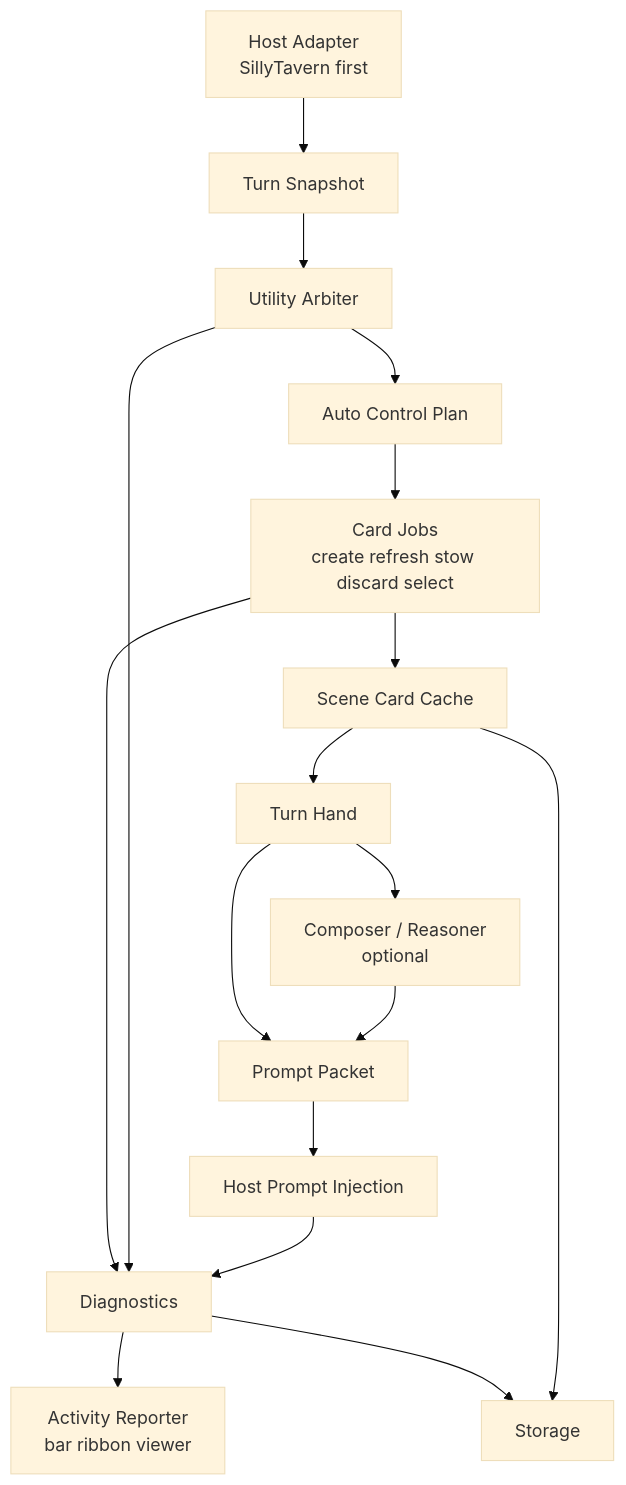
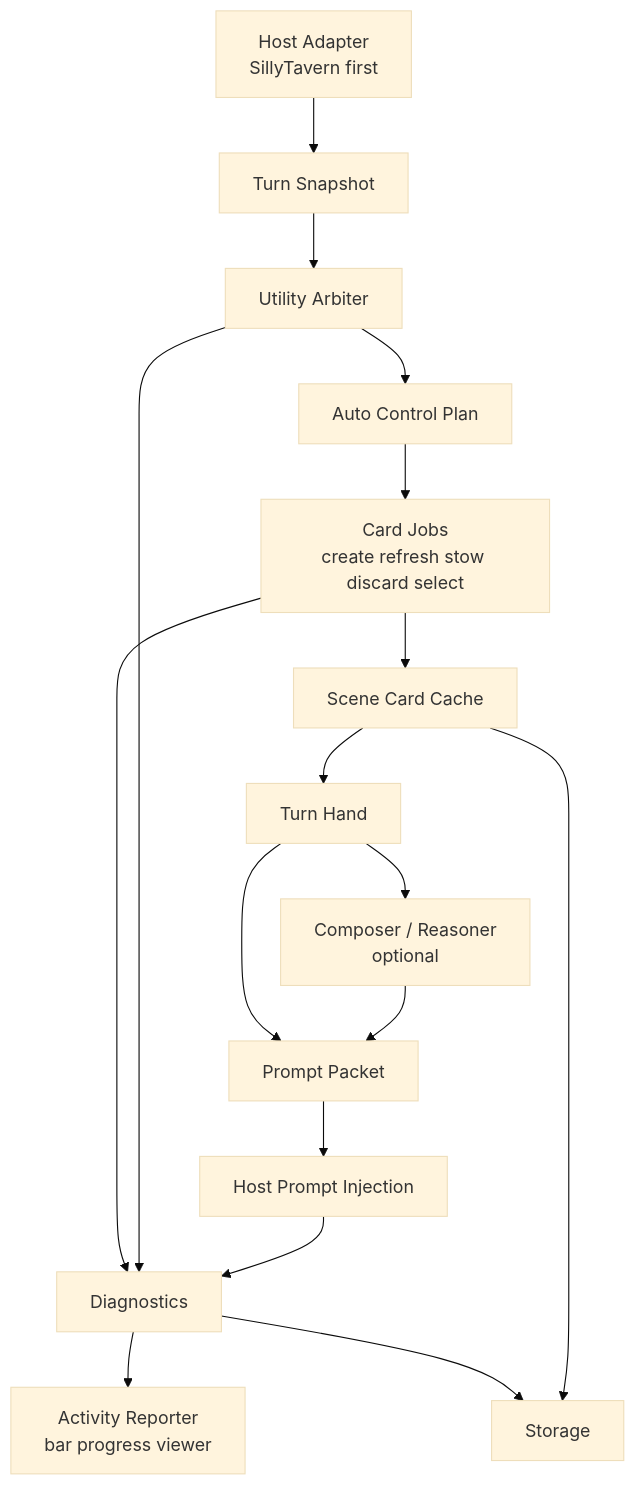
One commit to MentallyQuill/Recursion changed the diagram in docs/architecture/RUNTIME_ARCHITECTURE.md. Above: the diagram before and after it, drawn with Mermaid (base theme). The commit also changed other lines of this file and 52 other files, not shown here.

````diff
--- a/docs/architecture/RUNTIME_ARCHITECTURE.md
+++ b/docs/architecture/RUNTIME_ARCHITECTURE.md
@@ -32,19 +33,19 @@
 ```mermaid
 flowchart TD
     Host["Host Adapter\nSillyTavern first"] --> Snapshot["Turn Snapshot"]
     Snapshot --> Arbiter["Utility Arbiter"]
     Arbiter --> Plan["Auto Control Plan"]
     Plan --> Jobs["Card Jobs\ncreate refresh stow discard select"]
     Jobs --> Cache["Scene Card Cache"]
     Cache --> Hand["Turn Hand"]
     Hand --> Composer["Composer / Reasoner\noptional"]
     Composer --> Packet["Prompt Packet"]
     Hand --> Packet
     Packet --> Inject["Host Prompt Injection"]
     Inject --> Diag["Diagnostics"]
-    Diag --> Activity["Activity Reporter\nbar ribbon viewer"]
+    Diag --> Activity["Activity Reporter\nbar progress viewer"]
     Arbiter --> Diag
     Jobs --> Diag
     Cache --> Store["Storage"]
     Diag --> Store
 ```
````
